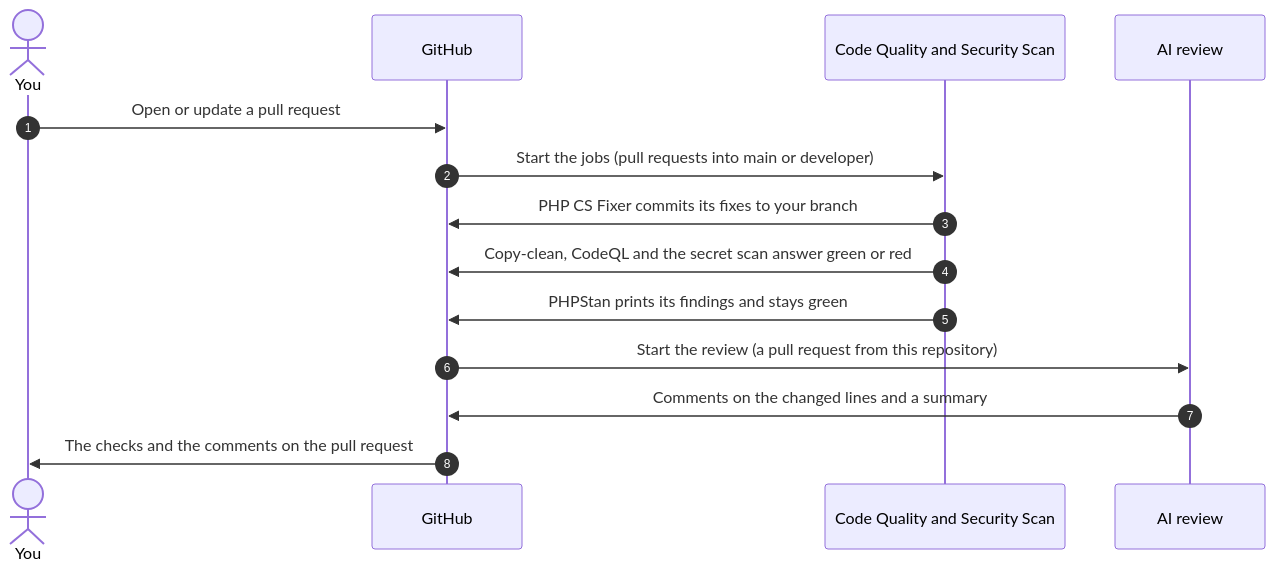
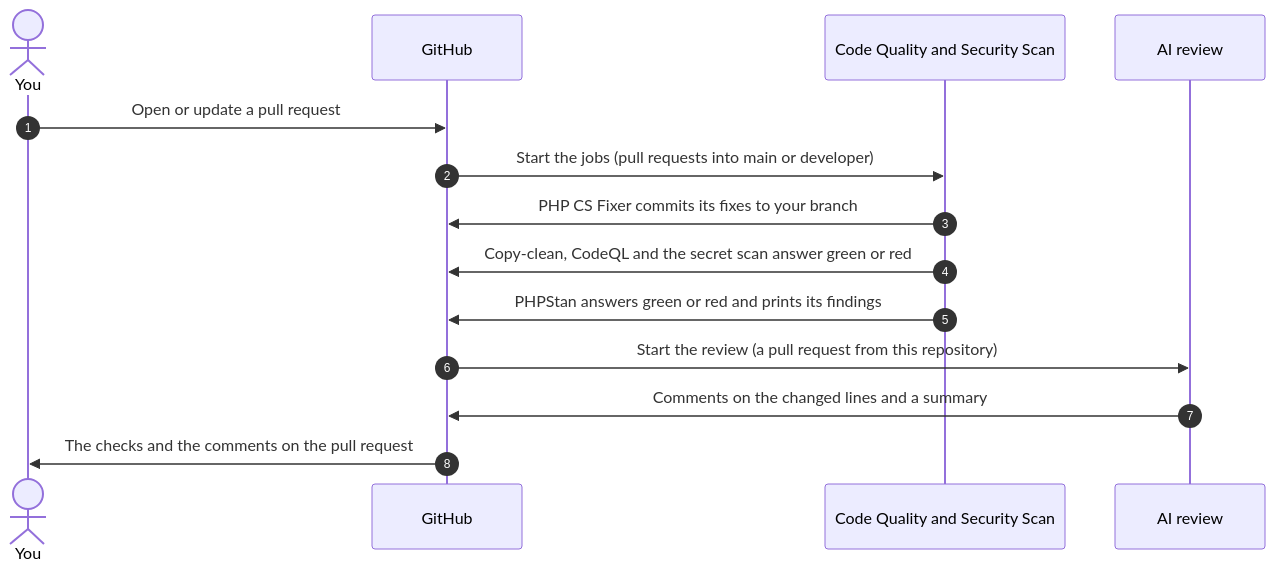
One commit to Easylogic-CO-LP/Alfa-Commerce-Manual changed the diagram in docs/tooling/workflows.md. Above: the diagram before and after it, drawn with Mermaid. The commit also changed other lines of this file and 6 other files, not shown here.

````diff
--- a/docs/tooling/workflows.md
+++ b/docs/tooling/workflows.md
@@ -48,16 +50,16 @@
 ```mermaid
 sequenceDiagram
     autonumber
     actor You
     participant GitHub
     participant Checks as Code Quality and Security Scan
     participant Review as AI review
     You->>GitHub: Open or update a pull request
     GitHub->>Checks: Start the jobs (pull requests into main or developer)
     Checks->>GitHub: PHP CS Fixer commits its fixes to your branch
     Checks->>GitHub: Copy-clean, CodeQL and the secret scan answer green or red
-    Checks->>GitHub: PHPStan prints its findings and stays green
+    Checks->>GitHub: PHPStan answers green or red and prints its findings
     GitHub->>Review: Start the review (a pull request from this repository)
     Review->>GitHub: Comments on the changed lines and a summary
     GitHub->>You: The checks and the comments on the pull request
 ```
````
